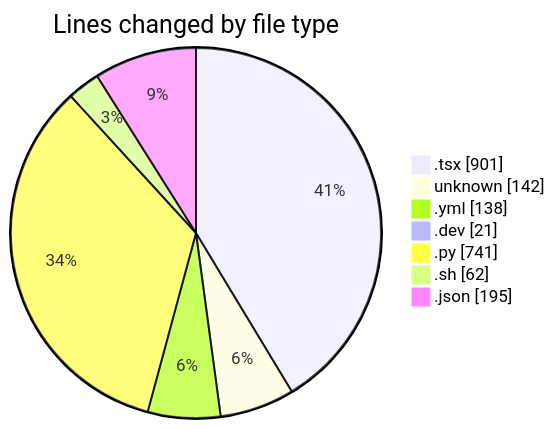
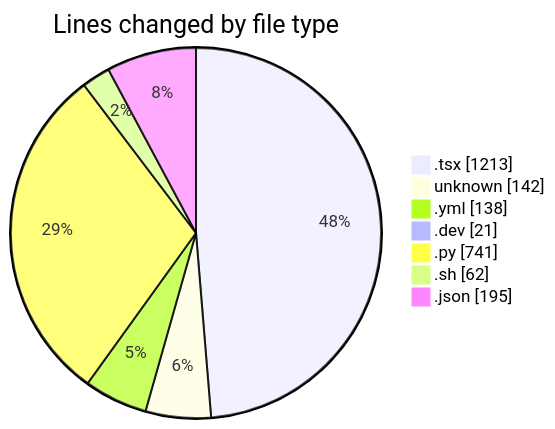
One commit to Elitesun/code-tracking changed the first of 2 diagrams in 2025-05-18/niten/README.md. Above: the diagram before and after it, drawn with Mermaid. The commit also changed other lines of this file and 1 other file, not shown here.

````diff
--- a/2025-05-18/niten/README.md
+++ b/2025-05-18/niten/README.md
@@ -37,11 +37,11 @@
 ```mermaid
 pie showData
 title Lines changed by file type
-".tsx" : 901
+".tsx" : 1213
 "unknown" : 142
 ".yml" : 138
 ".dev" : 21
 ".py" : 741
 ".sh" : 62
 ".json" : 195
 ```
````
